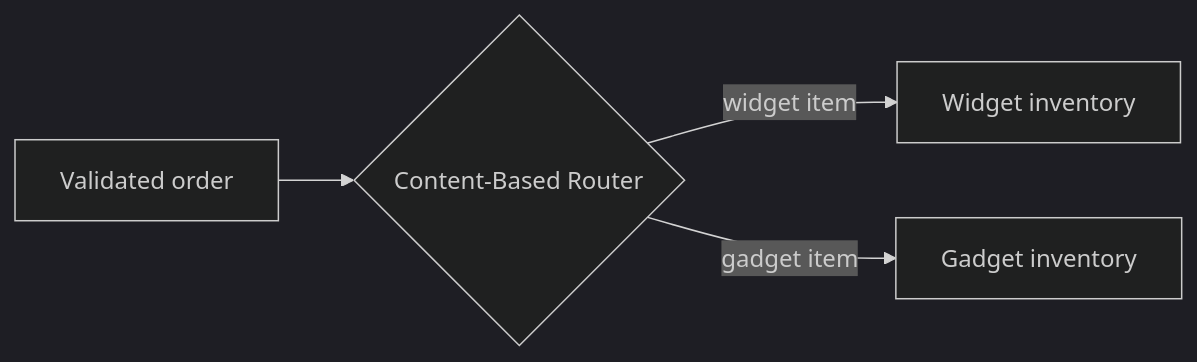
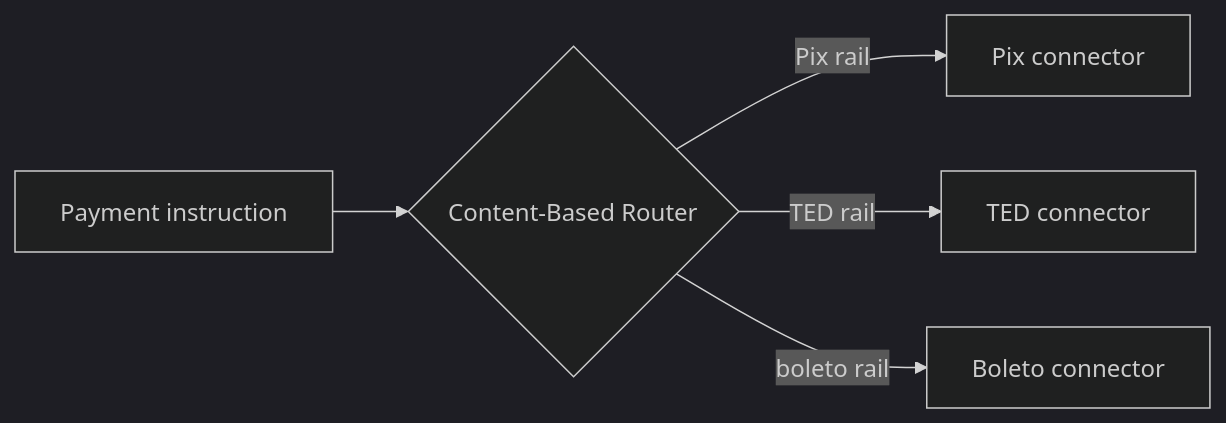
The diagram in i18n/en/docusaurus-plugin-content-docs/current/architecture/eip/message-routing/content-based-router.md (alancesar/design-patterns), drawn with Mermaid (dark theme) before and after one commit. The commit also changed other lines of this file and 11 other files, not shown here.

Commit message:
Switch eip concrete diagrams to fintech scenarios

````diff
--- a/i18n/en/docusaurus-plugin-content-docs/current/architecture/eip/message-routing/content-based-router.md
+++ b/i18n/en/docusaurus-plugin-content-docs/current/architecture/eip/message-routing/content-based-router.md
@@ -53,6 +53,7 @@
 ```mermaid
 flowchart LR
-    P["Validated order"] --> R{"Content-Based Router"}
-    R -->|"widget item"| W["Widget inventory"]
-    R -->|"gadget item"| G["Gadget inventory"]
+    P["Payment instruction"] --> R{"Content-Based Router"}
+    R -->|"Pix rail"| W["Pix connector"]
+    R -->|"TED rail"| G["TED connector"]
+    R -->|"boleto rail"| B["Boleto connector"]
 ```
````
